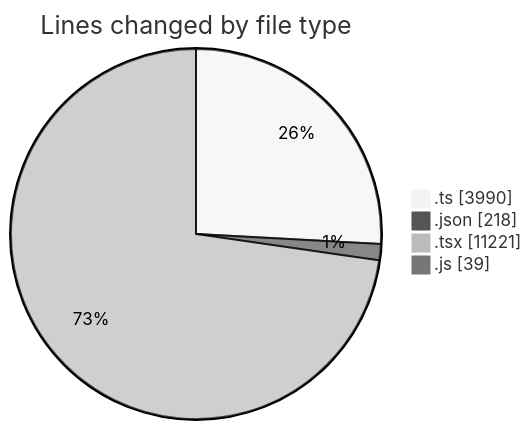
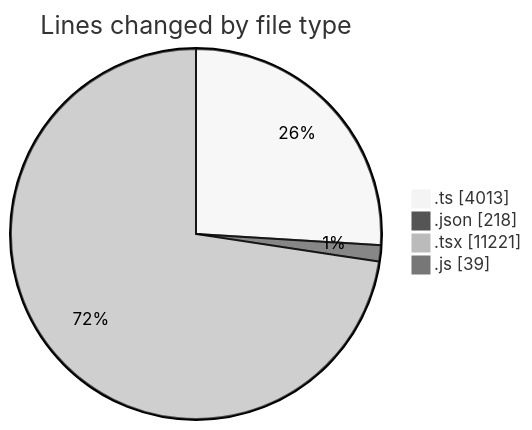
Before and after one commit to nxtqubesakshisongat/code-tracking: the first of 2 diagrams in 2026-03-16/nxtqube_webapp/README.md, drawn with Mermaid (neutral theme). The commit also changed other lines of this file and 1 other file, not shown here.

````diff
--- a/2026-03-16/nxtqube_webapp/README.md
+++ b/2026-03-16/nxtqube_webapp/README.md
@@ -59,8 +60,8 @@
 ```mermaid
 pie showData
 title Lines changed by file type
-".ts" : 3990
+".ts" : 4013
 ".json" : 218
 ".tsx" : 11221
 ".js" : 39
 ```
````
